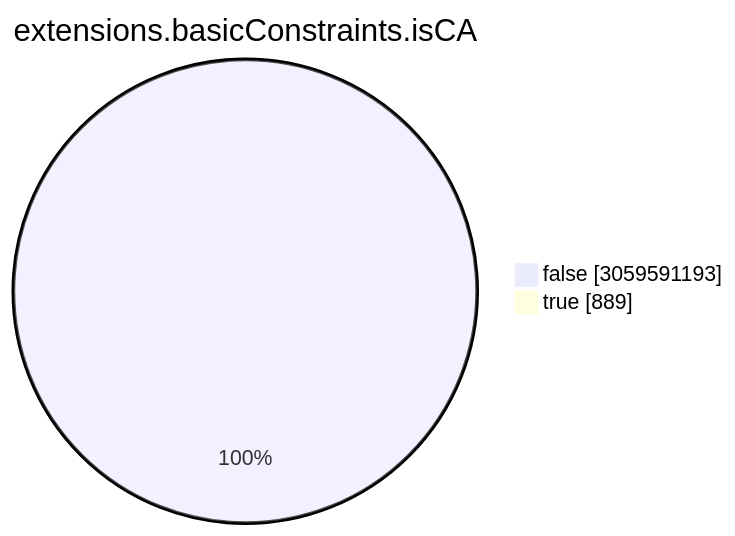
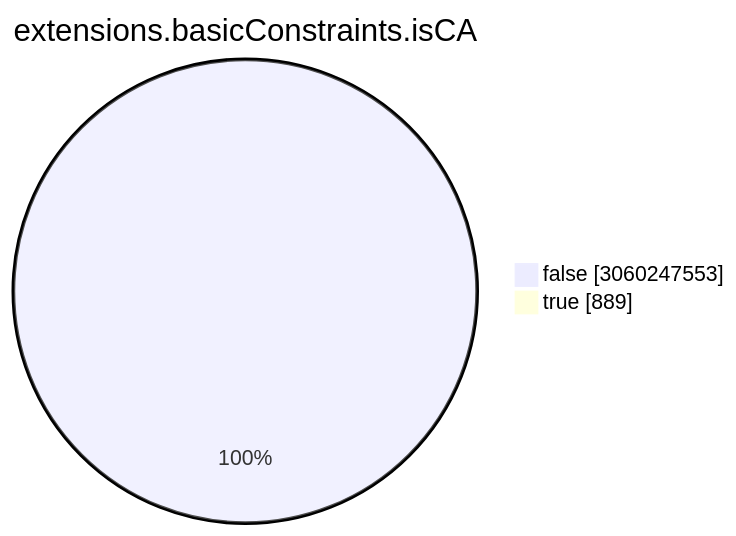
One commit to christiankrug/ctmonitor_visualization changed the seventh of 15 diagrams in TOTAL/README.md. Above: the diagram before and after it, drawn with Mermaid. The commit also changed other lines of this file, not shown here.

````diff
--- a/TOTAL/README.md
+++ b/TOTAL/README.md
@@ -3088,6 +3088,6 @@
 ```mermaid
 pie showData
 title extensions.basicConstraints.isCA
-"false" :3059591193
+"false" :3060247553
 "true" :889
 ```
````
